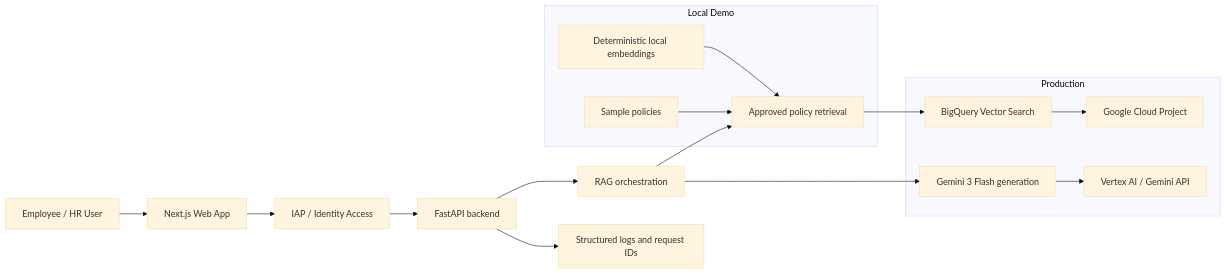
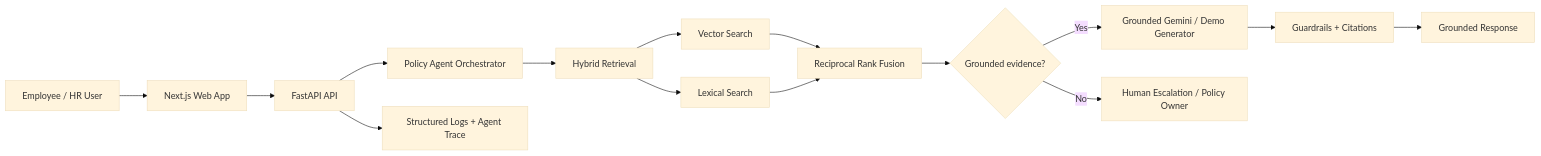
One commit to hasan-rajab/Gulf-Policy-Assistant changed the diagram in README.md. Above: the diagram before and after it, drawn with Mermaid (base theme). The commit also changed other lines of this file, not shown here.

Commit message:
Refocus README on AI engineering evidence

````diff
--- a/README.md
+++ b/README.md
@@ -73,25 +64,17 @@
 ```mermaid
 flowchart LR
-    U[Employee / HR User] --> W[Next.js Web App]
-    W --> IAP[IAP / Identity Access]
-    IAP --> API[FastAPI backend]
-    API --> RAG[RAG orchestration]
-    RAG --> RET[Approved policy retrieval]
-    RET --> BQ[BigQuery Vector Search]
-    RAG --> GEN[Gemini 3 Flash generation]
-    API --> LOG[Structured logs and request IDs]
-
-    subgraph Local Demo
-        D[Deterministic local embeddings]
-        S[Sample policies]
-        D --> RET
-        S --> RET
-    end
-
-    subgraph Production
-        GCP[Google Cloud Project]
-        VERTEX[Vertex AI / Gemini API]
-        BQ --> GCP
-        GEN --> VERTEX
-    end
+    U[Employee / HR User] --> UI[Next.js Web App]
+    UI --> API[FastAPI API]
+    API --> AGENT[Policy Agent Orchestrator]
+    AGENT --> RET[Hybrid Retrieval]
+    RET --> VEC[Vector Search]
+    RET --> LEX[Lexical Search]
+    VEC --> RRF[Reciprocal Rank Fusion]
+    LEX --> RRF
+    RRF --> CHECK{Grounded evidence?}
+    CHECK -->|Yes| GEN[Grounded Gemini / Demo Generator]
+    CHECK -->|No| HITL[Human Escalation / Policy Owner]
+    GEN --> GUARD[Guardrails + Citations]
+    GUARD --> RESP[Grounded Response]
+    API --> LOG[Structured Logs + Agent Trace]
 ```
````
